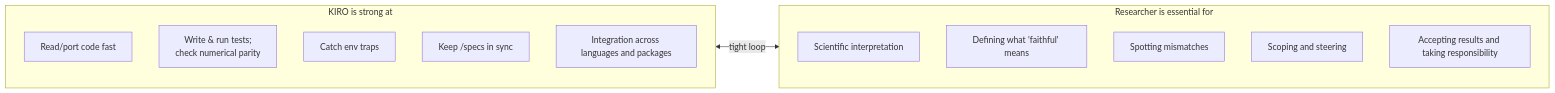
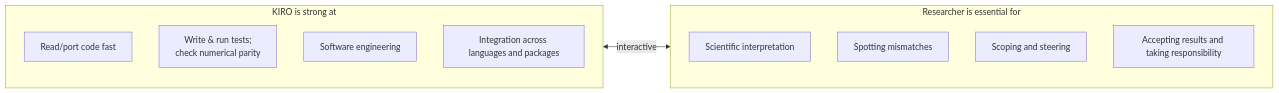
One commit to TBreure/DayCent_emulator changed the fifth of 5 diagrams in flowcharts.md. Above: the diagram before and after it, drawn with Mermaid.

````diff
--- a/flowcharts.md
+++ b/flowcharts.md
@@ -81,18 +81,16 @@
 ```mermaid
 flowchart LR
     subgraph Agent["KIRO is strong at"]
         G1[Read/port code fast]
         G2["Write & run tests;<br/>check numerical parity"]
-        G3[Catch env traps]
-        G4[Keep /specs in sync]
-        G5[Integration across languages and packages]
+        G3[Software engineering]
+        G4[Integration across languages and packages]
     end
     subgraph Human["Researcher is essential for"]
         N1[Scientific interpretation]
-        N2["Defining what 'faithful' means"]
-        N3[Spotting mismatches]
-        N4[Scoping and steering]
-        N5[Accepting results and taking responsibility]
+        N2[Spotting mismatches]
+        N3[Scoping and steering]
+        N4[Accepting results and taking responsibility]
     end
-    Agent <-->|tight loop| Human
+    Agent <-->|interactive| Human
 ```
````
